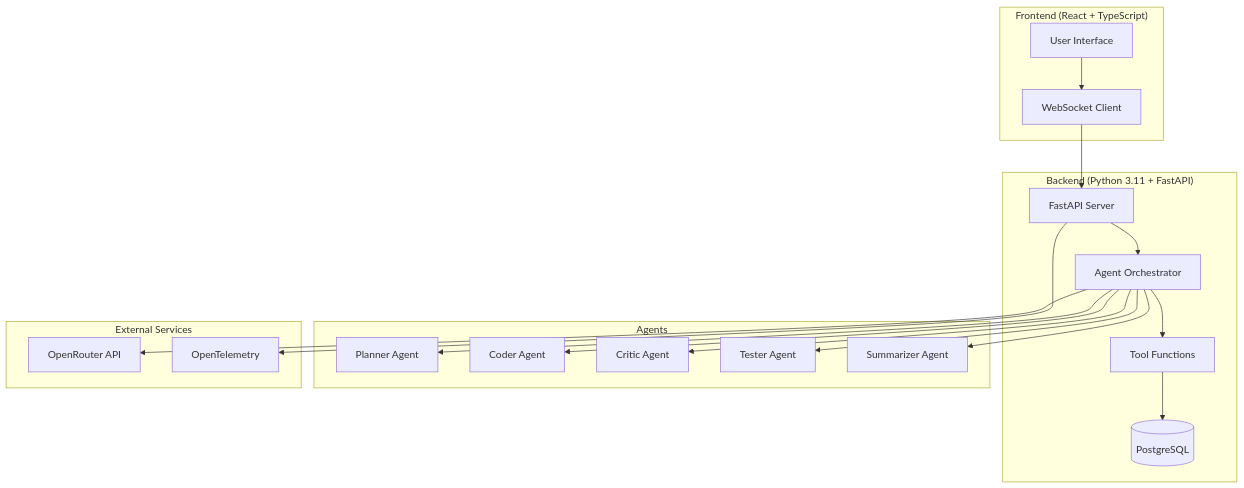
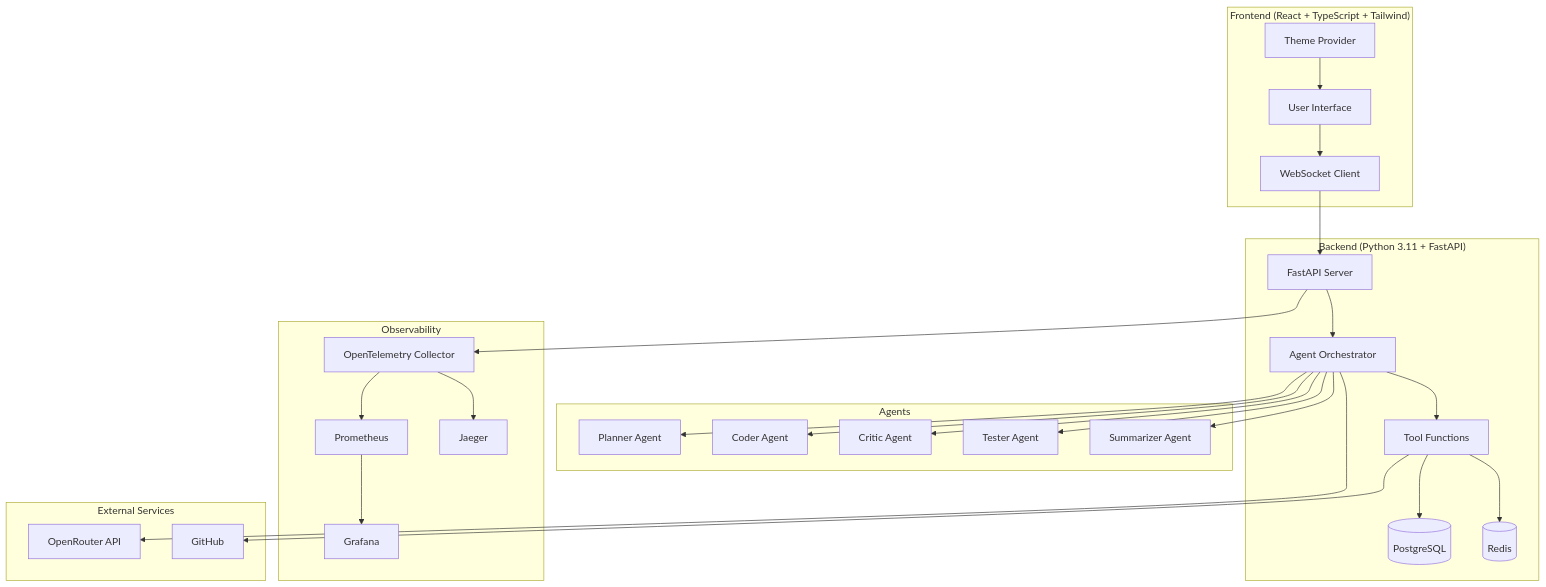
The diagram in README00.md (aljami3anet/super-agent), drawn with Mermaid before and after one commit. The commit also changed other lines of this file, not shown here.

````diff
--- a/README00.md
+++ b/README00.md
@@ -23,40 +26,55 @@
 ```mermaid
 graph TB
-    subgraph "Frontend (React + TypeScript)"
+    subgraph "Frontend (React + TypeScript + Tailwind)"
         UI[User Interface]
         WS[WebSocket Client]
+        THEME[Theme Provider]
     end
     
     subgraph "Backend (Python 3.11 + FastAPI)"
         API[FastAPI Server]
         AGENTS[Agent Orchestrator]
         TOOLS[Tool Functions]
         DB[(PostgreSQL)]
+        REDIS[(Redis)]
     end
     
     subgraph "Agents"
         PLANNER[Planner Agent]
         CODER[Coder Agent]
         CRITIC[Critic Agent]
         TESTER[Tester Agent]
         SUMMARIZER[Summarizer Agent]
     end
     
+    subgraph "Observability"
+        OTEL[OpenTelemetry Collector]
+        PROM[Prometheus]
+        GRAFANA[Grafana]
+        JAEGER[Jaeger]
+    end
+    
     subgraph "External Services"
         OPENROUTER[OpenRouter API]
-        OTEL[OpenTelemetry]
+        GITHUB[GitHub]
     end
     
     UI --> WS
     WS --> API
+    THEME --> UI
     API --> AGENTS
     AGENTS --> PLANNER
     AGENTS --> CODER
     AGENTS --> CRITIC
     AGENTS --> TESTER
     AGENTS --> SUMMARIZER
     AGENTS --> TOOLS
     TOOLS --> DB
+    TOOLS --> REDIS
+    TOOLS --> GITHUB
     AGENTS --> OPENROUTER
     API --> OTEL
+    OTEL --> PROM
+    OTEL --> JAEGER
+    PROM --> GRAFANA
 ```
````
